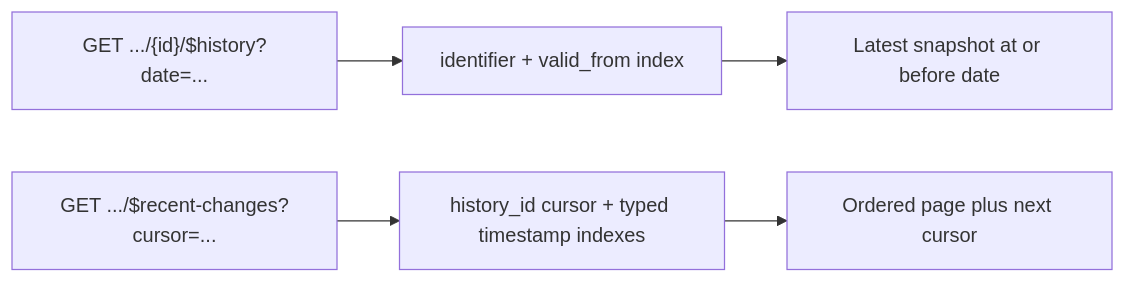
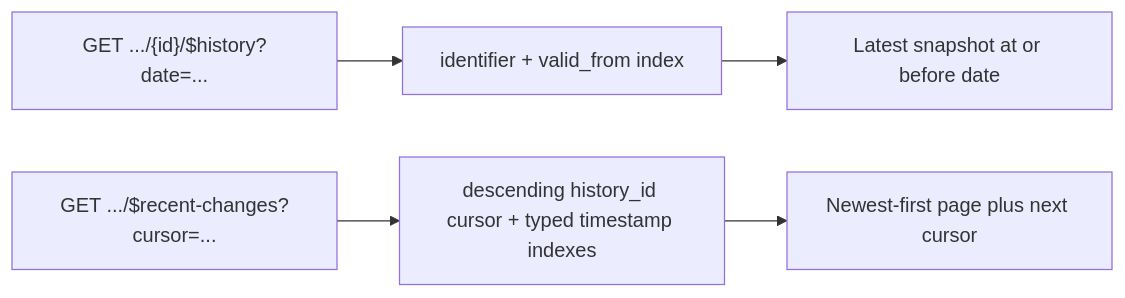
One commit to eclipse-basyx/basyx-go-components changed the third of 3 diagrams in docu/developer/aas_v3_2_runtime.md. Above: the diagram before and after it, drawn with Mermaid. The commit also changed other lines of this file and 14 other files, not shown here.

````diff
--- a/docu/developer/aas_v3_2_runtime.md
+++ b/docu/developer/aas_v3_2_runtime.md
@@ -259,7 +277,7 @@
 ```mermaid
 flowchart LR
     Historical["GET .../{id}/$history?date=..."] --> Validity["identifier + valid_from index"]
     Validity --> Snapshot["Latest snapshot at or before date"]
-    Recent["GET .../$recent-changes?cursor=..."] --> Cursor["history_id cursor + typed timestamp indexes"]
-    Cursor --> Page["Ordered page plus next cursor"]
+    Recent["GET .../$recent-changes?cursor=..."] --> Cursor["descending history_id cursor + typed timestamp indexes"]
+    Cursor --> Page["Newest-first page plus next cursor"]
 ```
````
